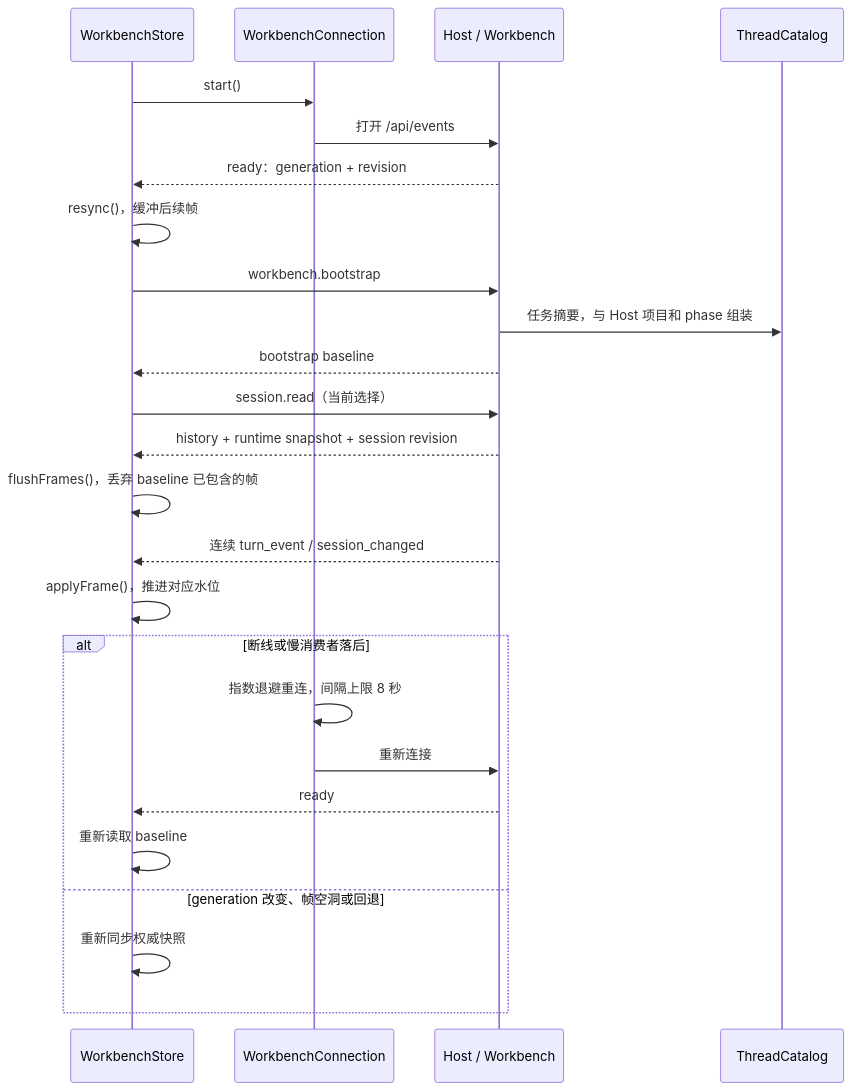
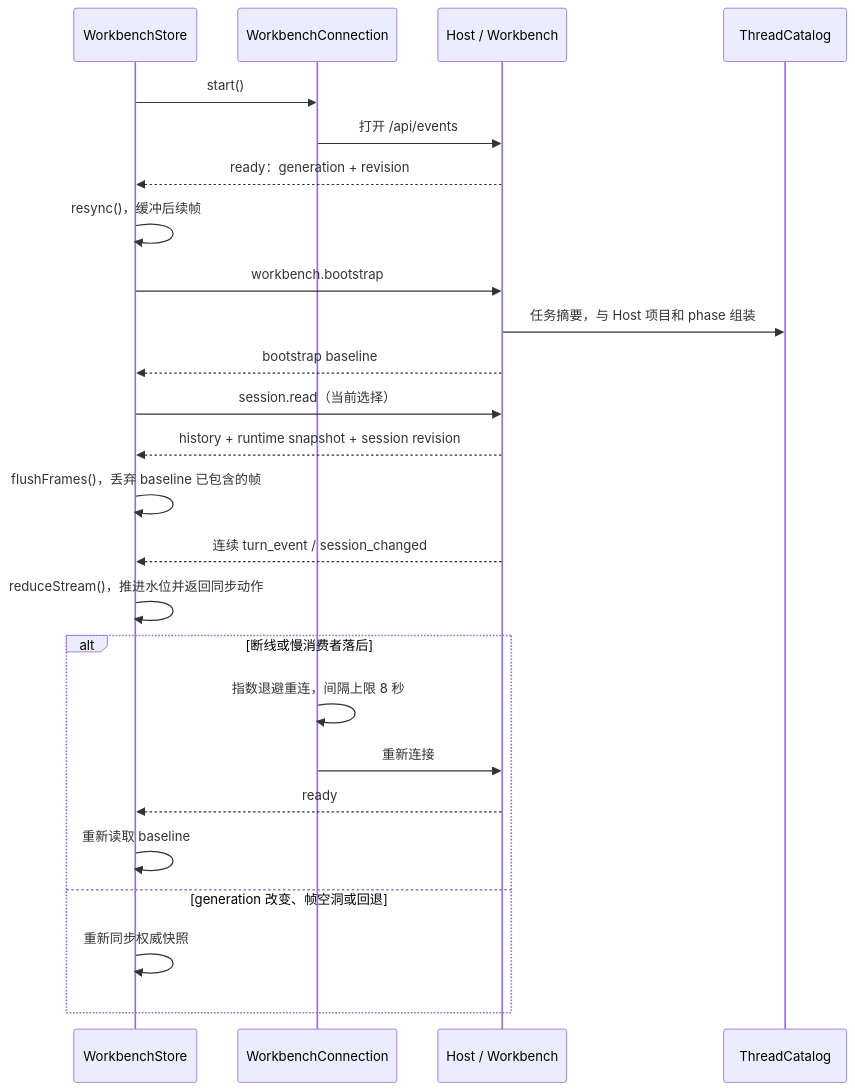
The tenth of 29 diagrams in docs/singularity.md (qjcnmd/singularity-agent), drawn with Mermaid before and after one commit. The commit also changed other lines of this file and 71 other files, not shown here.

````diff
--- a/docs/singularity.md
+++ b/docs/singularity.md
@@ -262,27 +265,27 @@
 ```mermaid
 sequenceDiagram
     participant View as WorkbenchStore
     participant Conn as WorkbenchConnection
     participant Host as Host / Workbench
     participant Catalog as ThreadCatalog
     View->>Conn: start()
     Conn->>Host: 打开 /api/events
     Host-->>View: ready：generation + revision
     View->>View: resync()，缓冲后续帧
     View->>Host: workbench.bootstrap
     Host->>Catalog: 任务摘要，与 Host 项目和 phase 组装
     Host-->>View: bootstrap baseline
     View->>Host: session.read（当前选择）
     Host-->>View: history + runtime snapshot + session revision
     View->>View: flushFrames()，丢弃 baseline 已包含的帧
     Host-->>View: 连续 turn_event / session_changed
-    View->>View: applyFrame()，推进对应水位
+    View->>View: reduceStream()，推进水位并返回同步动作
     alt 断线或慢消费者落后
         Conn->>Conn: 指数退避重连，间隔上限 8 秒
         Conn->>Host: 重新连接
         Host-->>View: ready
         View->>View: 重新读取 baseline
     else generation 改变、帧空洞或回退
         View->>View: 重新同步权威快照
     end
 ```
````
